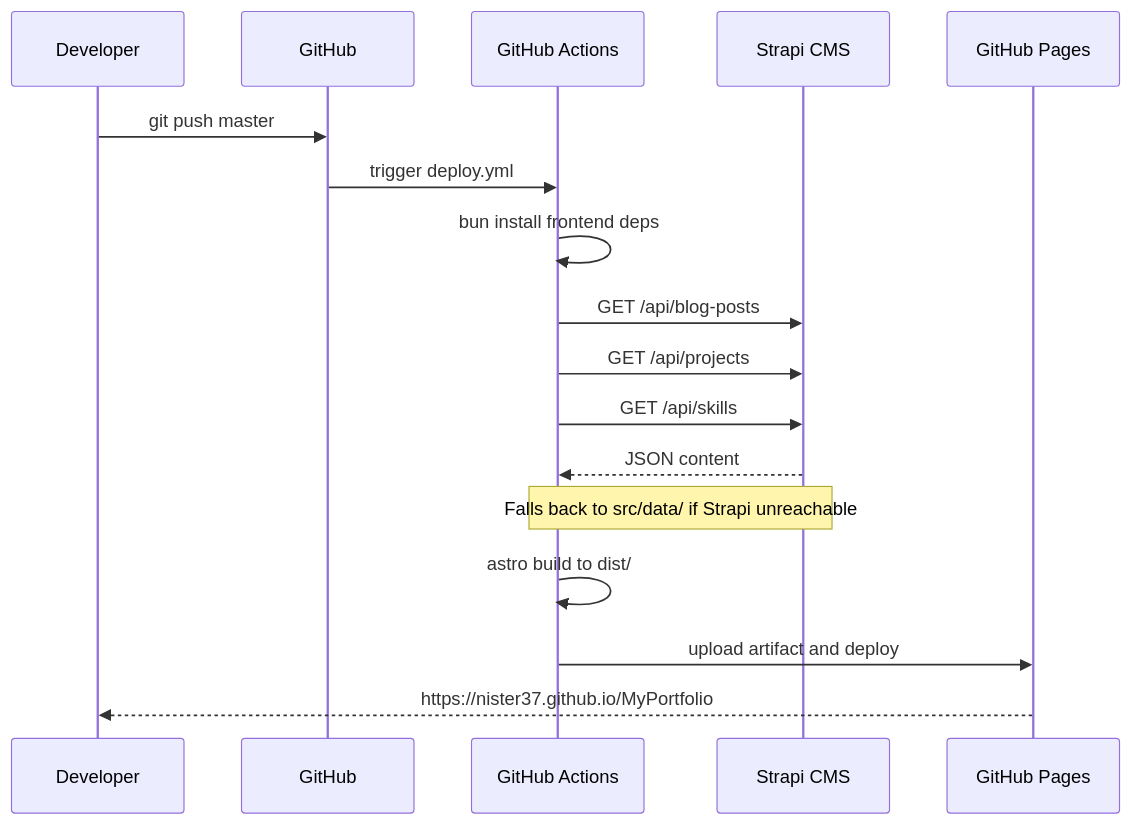
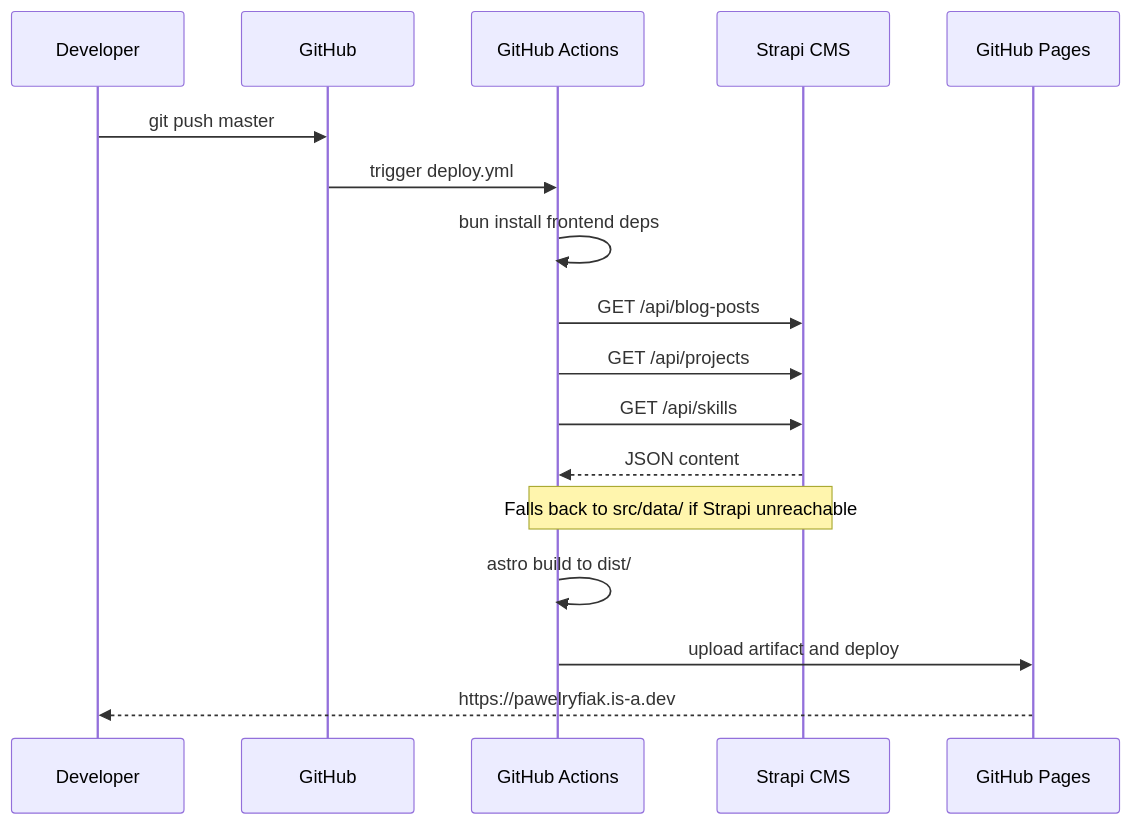
One commit to Nister37/MyPortfolio changed the second of 6 diagrams in README.md. Above: the diagram before and after it, drawn with Mermaid. The commit also changed other lines of this file and 48 other files, not shown here.

````diff
--- a/README.md
+++ b/README.md
@@ -37,19 +37,19 @@
 ```mermaid
 sequenceDiagram
     participant Dev as Developer
     participant GH as GitHub
     participant CI as GitHub Actions
     participant CMS as Strapi CMS
     participant Pages as GitHub Pages
     Dev->>GH: git push master
     GH->>CI: trigger deploy.yml
     CI->>CI: bun install frontend deps
     CI->>CMS: GET /api/blog-posts
     CI->>CMS: GET /api/projects
     CI->>CMS: GET /api/skills
     CMS-->>CI: JSON content
     Note over CI,CMS: Falls back to src/data/ if Strapi unreachable
     CI->>CI: astro build to dist/
     CI->>Pages: upload artifact and deploy
-    Pages-->>Dev: https://nister37.github.io/MyPortfolio
+    Pages-->>Dev: https://pawelryfiak.is-a.dev
 ```
````
